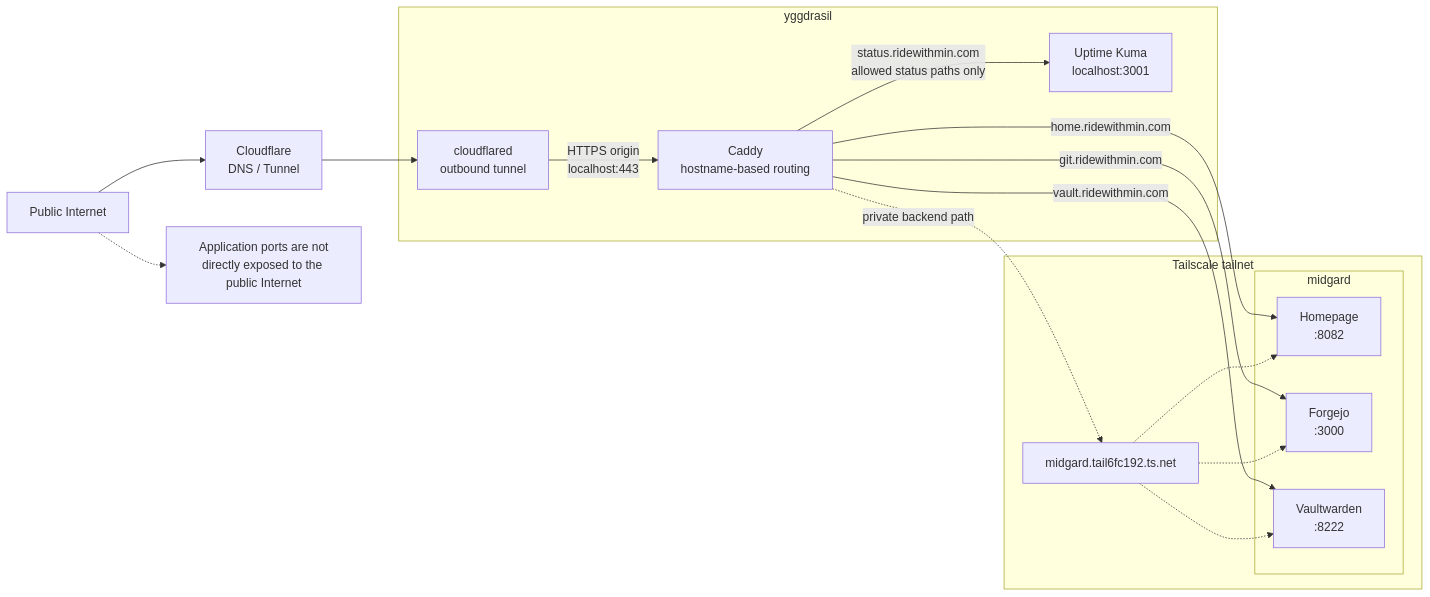
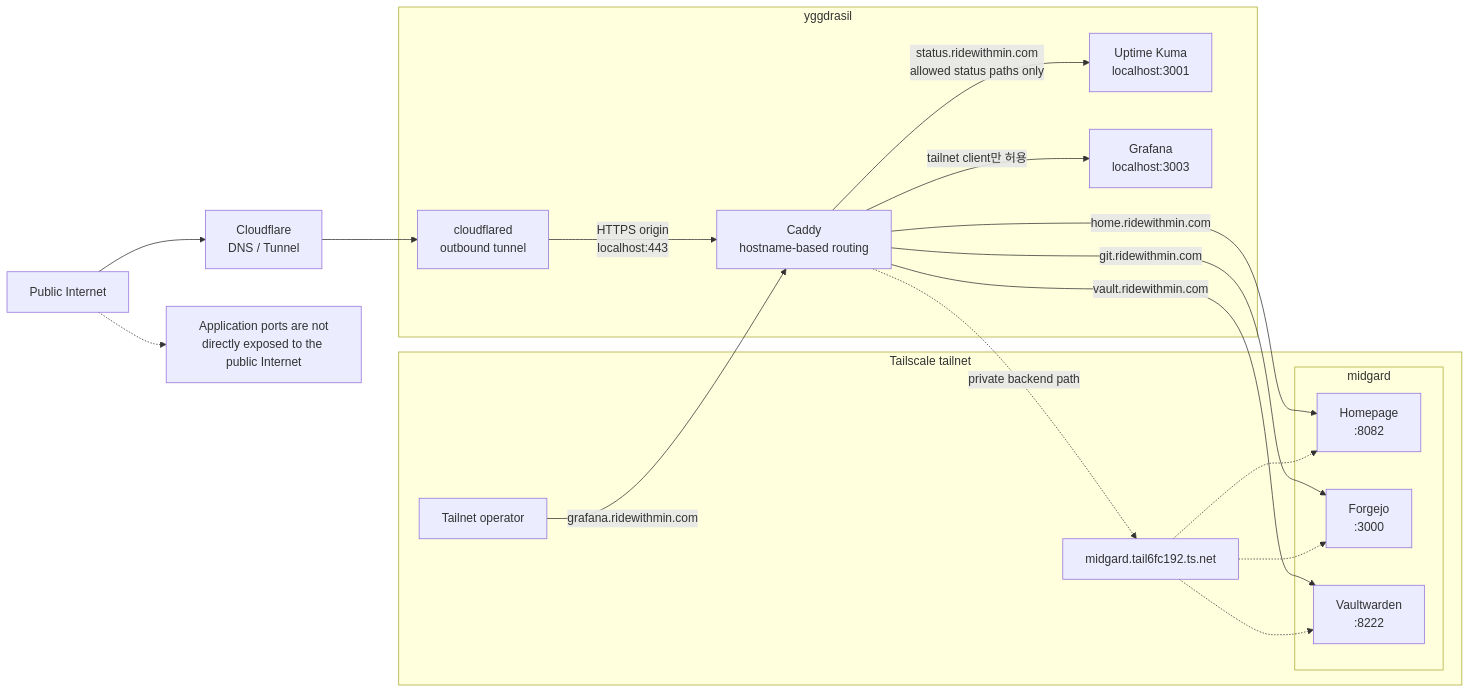
The second of 2 diagrams in README-ko.md (smg1024/homelab), drawn with Mermaid before and after one commit. The commit also changed other lines of this file and 1 other file, not shown here.

Commit message:
docs: document Grafana homelab setup

````diff
--- a/README-ko.md
+++ b/README-ko.md
@@ -402,38 +430,43 @@
 ```mermaid
 flowchart LR
     public["Public Internet"]
     cf["Cloudflare<br/>DNS / Tunnel"]
 
     subgraph edge["yggdrasil"]
         tunnel["cloudflared<br/>outbound tunnel"]
         ingress["Caddy<br/>hostname-based routing"]
         status["Uptime Kuma<br/>localhost:3001"]
+        grafana["Grafana<br/>localhost:3003"]
     end
 
     subgraph private["Tailscale tailnet"]
         mdns["midgard.tail6fc192.ts.net"]
+        operator["Tailnet operator"]
 
         subgraph app["midgard"]
             home["Homepage<br/>:8082"]
             git["Forgejo<br/>:3000"]
             vault["Vaultwarden<br/>:8222"]
         end
     end
 
     public --> cf
     cf --> tunnel
     tunnel -->|"HTTPS origin<br/>localhost:443"| ingress
 
     ingress -->|"status.ridewithmin.com<br/>allowed status paths only"| status
     ingress -->|"home.ridewithmin.com"| home
     ingress -->|"git.ridewithmin.com"| git
     ingress -->|"vault.ridewithmin.com"| vault
 
+    operator -->|"grafana.ridewithmin.com"| ingress
+    ingress -->|"tailnet client만 허용"| grafana
+
     ingress -.->|private backend path| mdns
     mdns -.-> home
     mdns -.-> git
     mdns -.-> vault
 
     blocked["Application ports are not<br/>directly exposed to the public Internet"]
     public -.-> blocked
 ```
````
